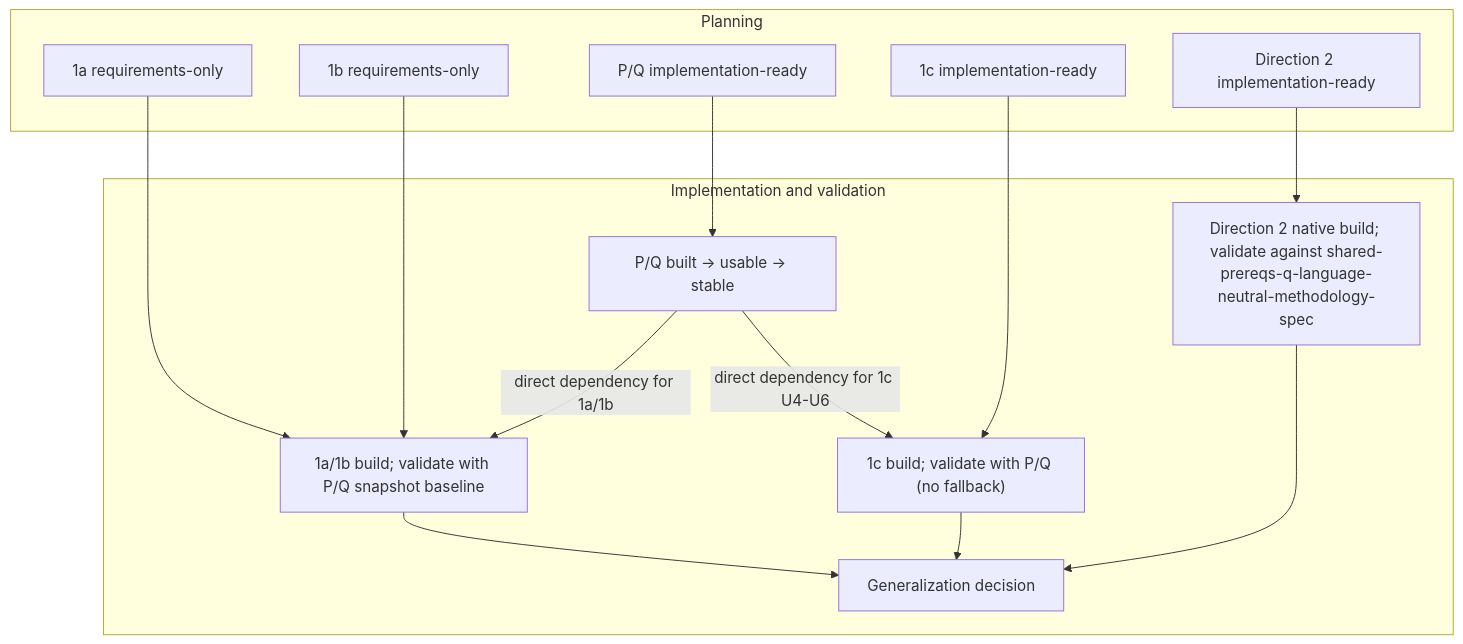
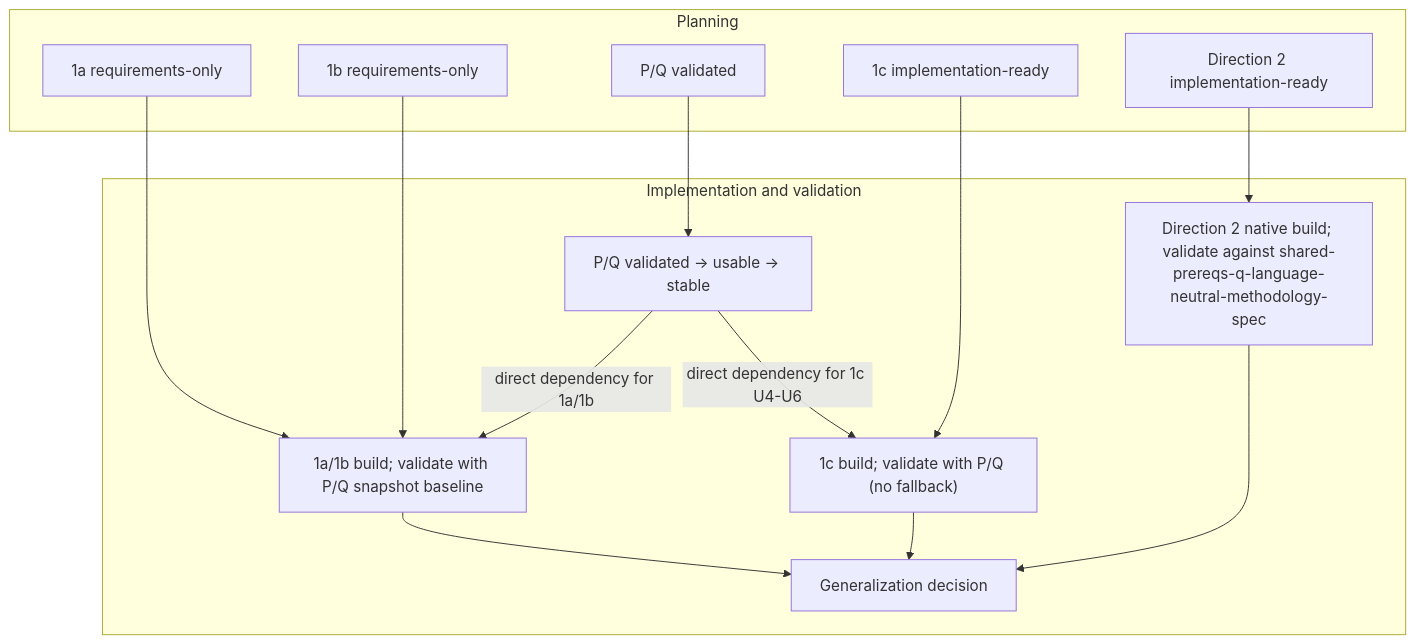
Before and after one commit to billf/convex-backend: the third of 3 diagrams in docs/plans/planning-timeline.md, drawn with Mermaid. The commit also changed other lines of this file and 3 other files, not shown here.

First line of the commit message:
docs(plans): move P/Q to validated across the cross-plan maps

````diff
--- a/docs/plans/planning-timeline.md
+++ b/docs/plans/planning-timeline.md
@@ -82,29 +91,29 @@
 ```mermaid
 flowchart TB
   subgraph Planning["Planning"]
     plan1a["1a requirements-only"]
     plan1b["1b requirements-only"]
-    planPQ["P/Q implementation-ready"]
+    planPQ["P/Q validated"]
     plan1c["1c implementation-ready"]
     plan2["Direction 2 implementation-ready"]
   end
 
   subgraph Delivery["Implementation and validation"]
-    d1["P/Q built → usable → stable"]
+    d1["P/Q validated → usable → stable"]
     d2["1a/1b build; validate with P/Q snapshot baseline"]
     d3["1c build; validate with P/Q (no fallback)"]
     d4["Direction 2 native build; validate against shared-prereqs-q-language-neutral-methodology-spec"]
     d5["Generalization decision"]
   end
 
   planPQ --> d1
   plan1a --> d2
   plan1b --> d2
   plan1c --> d3
   plan2 --> d4
   d1 -->|"direct dependency for 1a/1b"| d2
   d1 -->|"direct dependency for 1c U4-U6"| d3
   d2 --> d5
   d3 --> d5
   d4 --> d5
 ```
````
